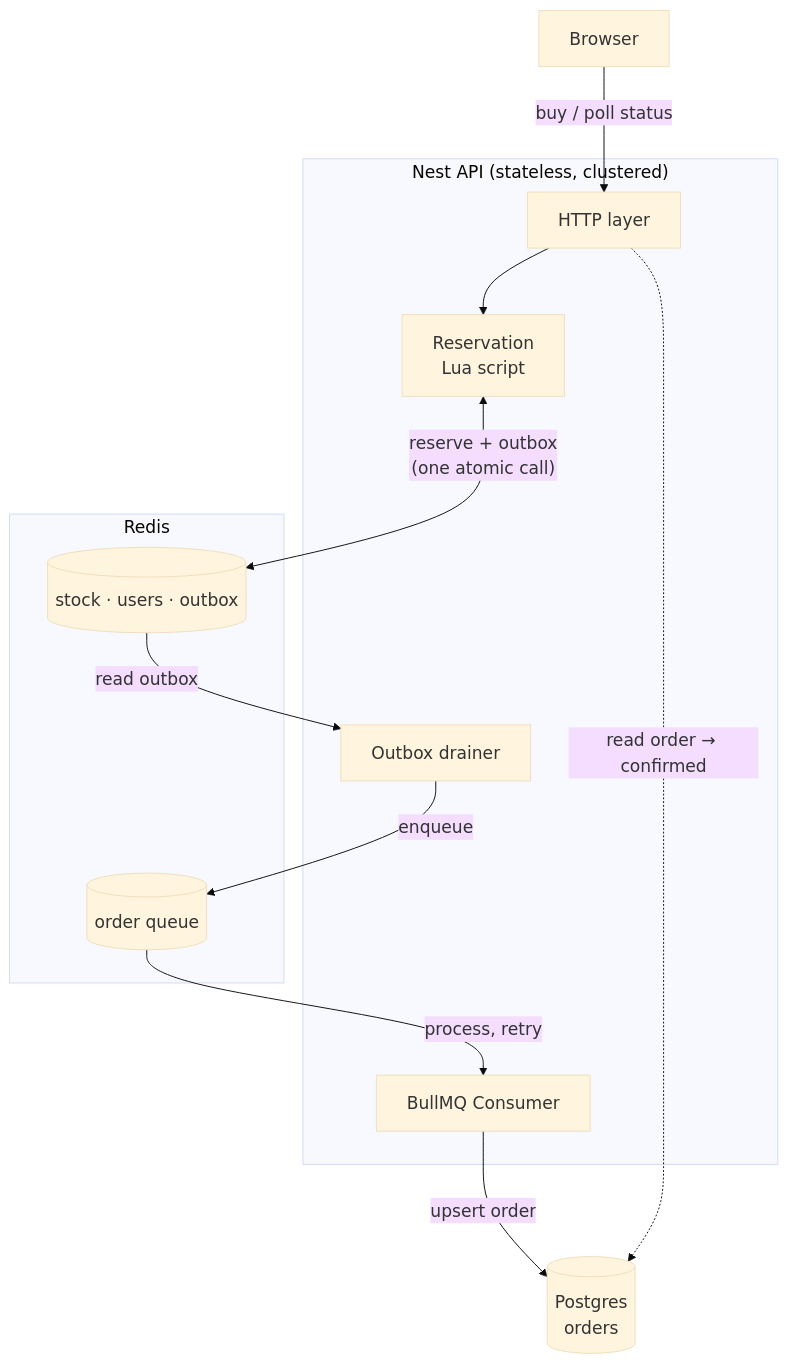
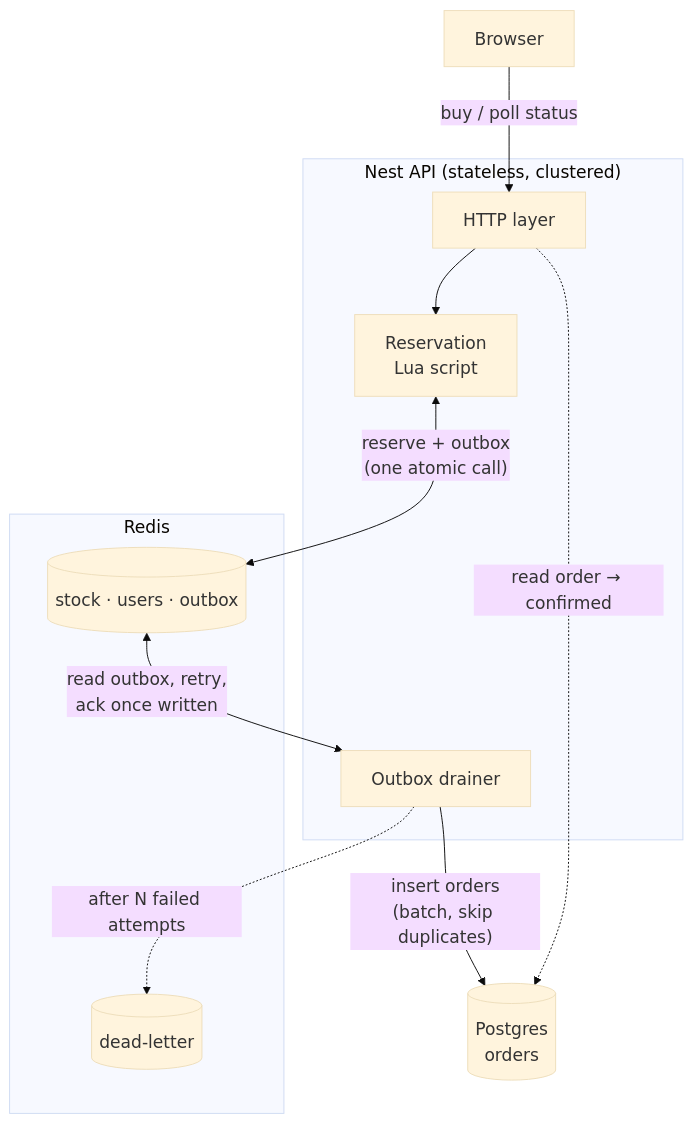
Before and after one commit to sloonzz/flash-sale-exercise: the diagram in README.md, drawn with Mermaid. The commit also changed other lines of this file and 65 other files, not shown here.

````diff
--- a/README.md
+++ b/README.md
@@ -92,28 +90,26 @@
 ```mermaid
 %%{init: {"theme": "base", "themeVariables": {"fontSize": "18px"}, "flowchart": {"nodeSpacing": 60, "rankSpacing": 70, "padding": 16}}}%%
 flowchart TB
     FE["Browser"]
 
     subgraph api["Nest API (stateless, clustered)"]
         HTTP["HTTP layer"]
         RES["Reservation<br/>Lua script"]
         DRAIN["Outbox drainer"]
-        CONS["BullMQ Consumer"]
     end
 
     subgraph redis["Redis"]
         STOCK[("stock · users · outbox")]
-        QUEUE[("order queue")]
+        DLQ[("dead-letter")]
     end
 
     PG[("Postgres<br/>orders")]
 
     FE -->|"buy / poll status"| HTTP
     HTTP --> RES
     RES <-->|"reserve + outbox<br/>(one atomic call)"| STOCK
-    STOCK -->|"read outbox"| DRAIN
-    DRAIN -->|"enqueue"| QUEUE
-    QUEUE -->|"process, retry"| CONS
-    CONS -->|"upsert order"| PG
+    STOCK <-->|"read outbox, retry,<br/>ack once written"| DRAIN
+    DRAIN -->|"insert orders<br/>(batch, skip duplicates)"| PG
+    DRAIN -.->|"after N failed attempts"| DLQ
     HTTP -.->|"read order → confirmed"| PG
 ```
````
